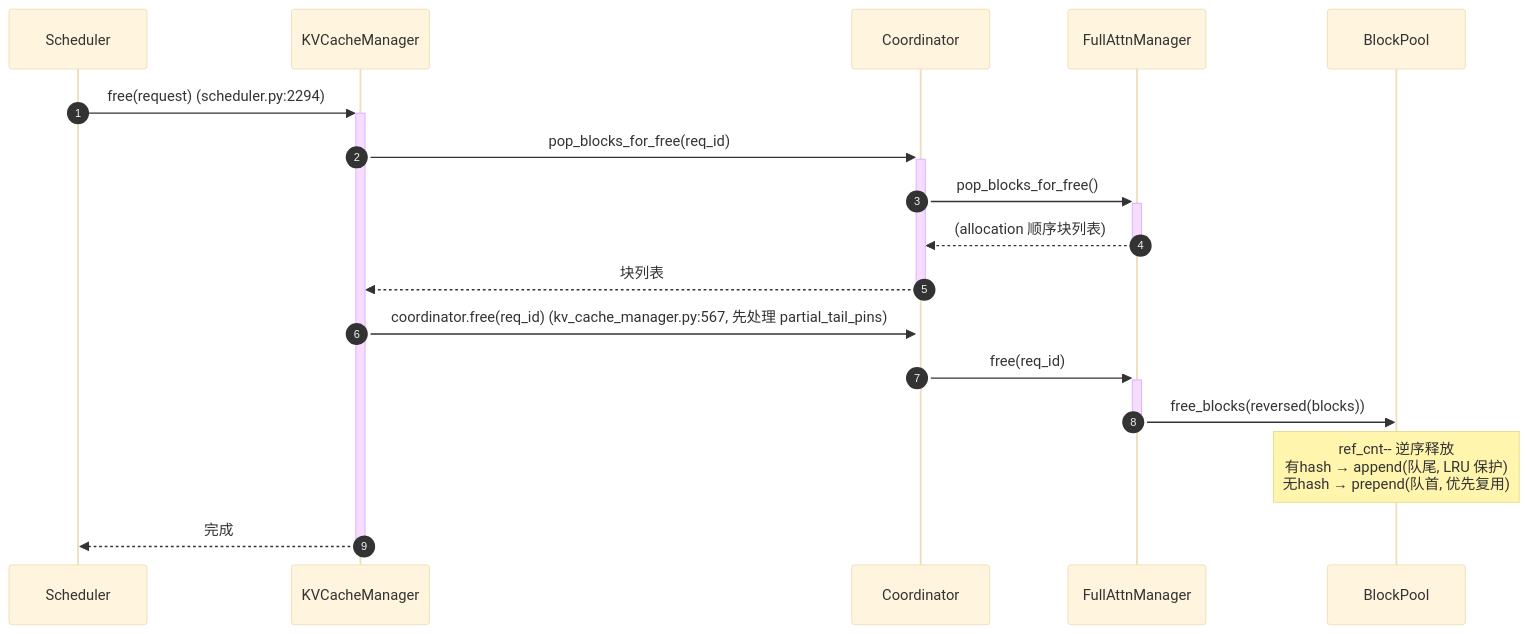
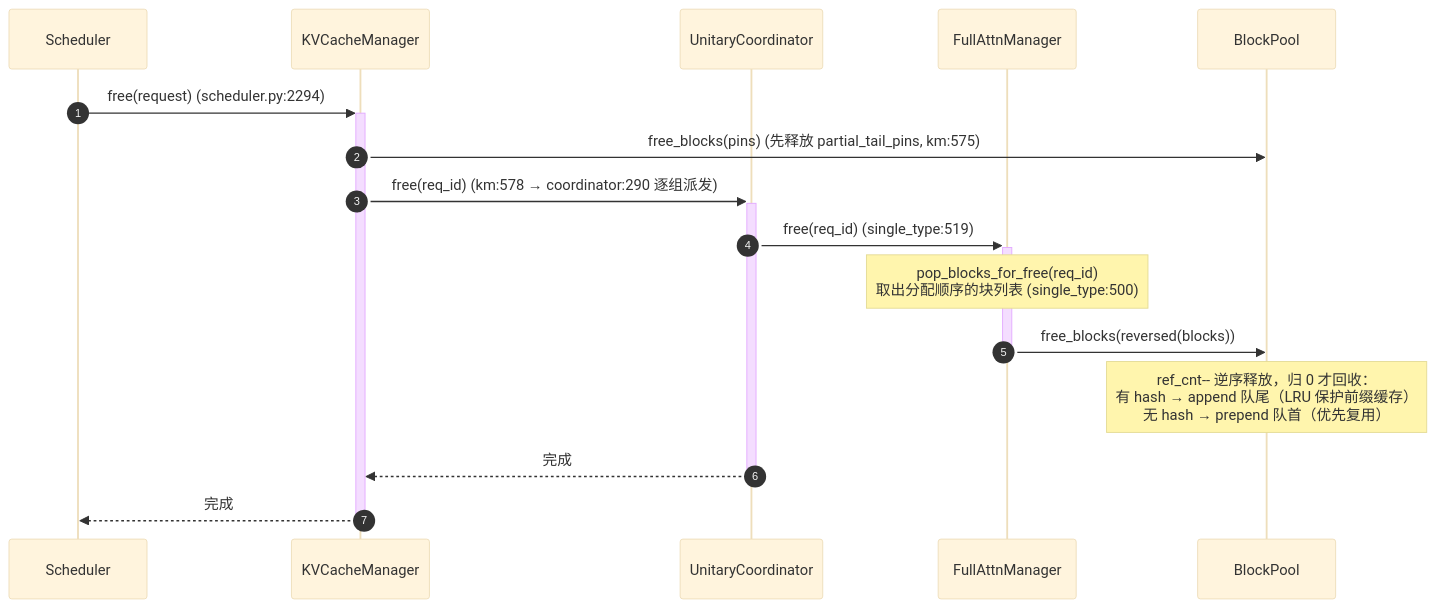
The eighth of 9 diagrams in vllm/v1/core/kvcache_docs/0_end_to_end_sequence.md (GoCHug/vllm), drawn with Mermaid (base theme) before and after one commit. The commit also changed other lines of this file and 221 other files, not shown here.

````diff
--- a/vllm/v1/core/kvcache_docs/0_end_to_end_sequence.md
+++ b/vllm/v1/core/kvcache_docs/0_end_to_end_sequence.md
@@ -483,20 +447,19 @@
 ```mermaid
 sequenceDiagram
     autonumber
     participant S as Scheduler
     participant KM as KVCacheManager
-    participant CO as Coordinator
+    participant CO as UnitaryCoordinator
     participant FM as FullAttnManager
     participant BP as BlockPool
 
-    S->>+KM: free(request)  (scheduler.py:2294)
-    KM->>+CO: pop_blocks_for_free(req_id)
-    CO->>+FM: pop_blocks_for_free()
-    FM-->>-CO: (allocation 顺序块列表)
-    CO-->>-KM: 块列表
-    KM->>+CO: coordinator.free(req_id)  (kv_cache_manager.py:567, 先处理 partial_tail_pins)
-    CO->>+FM: free(req_id)
+    S->>+KM: free(request)   (scheduler.py:2294)
+    KM->>BP: free_blocks(pins)   (先释放 partial_tail_pins, km:575)
+    KM->>+CO: free(req_id)   (km:578 → coordinator:290 逐组派发)
+    CO->>+FM: free(req_id)   (single_type:519)
+    Note over FM: pop_blocks_for_free(req_id)<br/>取出分配顺序的块列表 (single_type:500)
     FM->>-BP: free_blocks(reversed(blocks))
-    Note over BP: ref_cnt-- 逆序释放<br/>有hash → append(队尾, LRU 保护)<br/>无hash → prepend(队首, 优先复用)
+    Note over BP: ref_cnt-- 逆序释放，归 0 才回收：<br/>有 hash → append 队尾（LRU 保护前缀缓存）<br/>无 hash → prepend 队首（优先复用）
+    CO-->>-KM: 完成
     KM-->>-S: 完成
 ```
````
